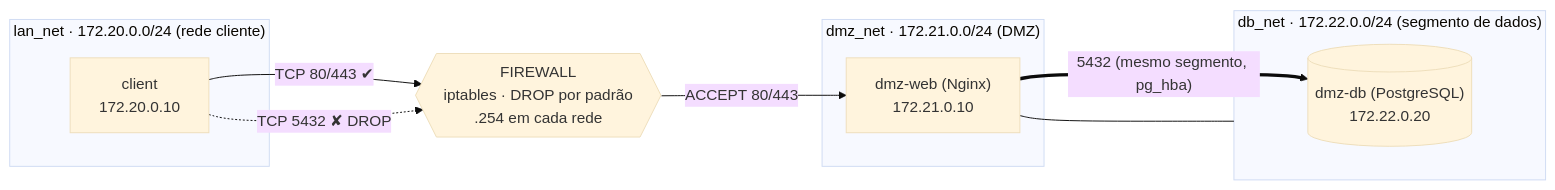
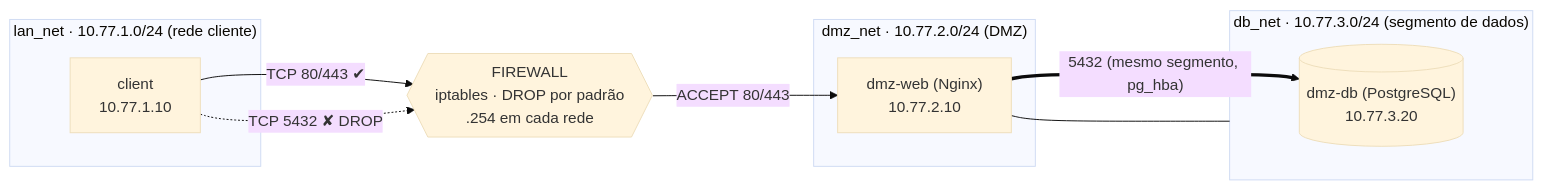
One commit to Matheus-fel/firewall-dmz-lab changed the second of 2 diagrams in docs/RELATORIO.md. Above: the diagram before and after it, drawn with Mermaid (base theme). The commit also changed other lines of this file and 3 other files, not shown here.

````diff
--- a/docs/RELATORIO.md
+++ b/docs/RELATORIO.md
@@ -110,22 +110,22 @@
 ```mermaid
 flowchart LR
-    subgraph LAN["lan_net · 172.20.0.0/24 (rede cliente)"]
-        CLI["client<br/>172.20.0.10"]
+    subgraph LAN["lan_net · 10.77.1.0/24 (rede cliente)"]
+        CLI["client<br/>10.77.1.10"]
     end
 
     FW{{"FIREWALL<br/>iptables · DROP por padrão<br/>.254 em cada rede"}}
 
-    subgraph DMZ["dmz_net · 172.21.0.0/24 (DMZ)"]
-        WEB["dmz-web (Nginx)<br/>172.21.0.10"]
+    subgraph DMZ["dmz_net · 10.77.2.0/24 (DMZ)"]
+        WEB["dmz-web (Nginx)<br/>10.77.2.10"]
     end
 
-    subgraph DBN["db_net · 172.22.0.0/24 (segmento de dados)"]
-        DB[("dmz-db (PostgreSQL)<br/>172.22.0.20")]
+    subgraph DBN["db_net · 10.77.3.0/24 (segmento de dados)"]
+        DB[("dmz-db (PostgreSQL)<br/>10.77.3.20")]
     end
 
     CLI -- "TCP 80/443 ✔" --> FW
     FW -- "ACCEPT 80/443" --> WEB
     CLI -. "TCP 5432 ✘ DROP" .-> FW
     WEB == "5432 (mesmo segmento, pg_hba)" ==> DB
     WEB --- DBN
 ```
````
